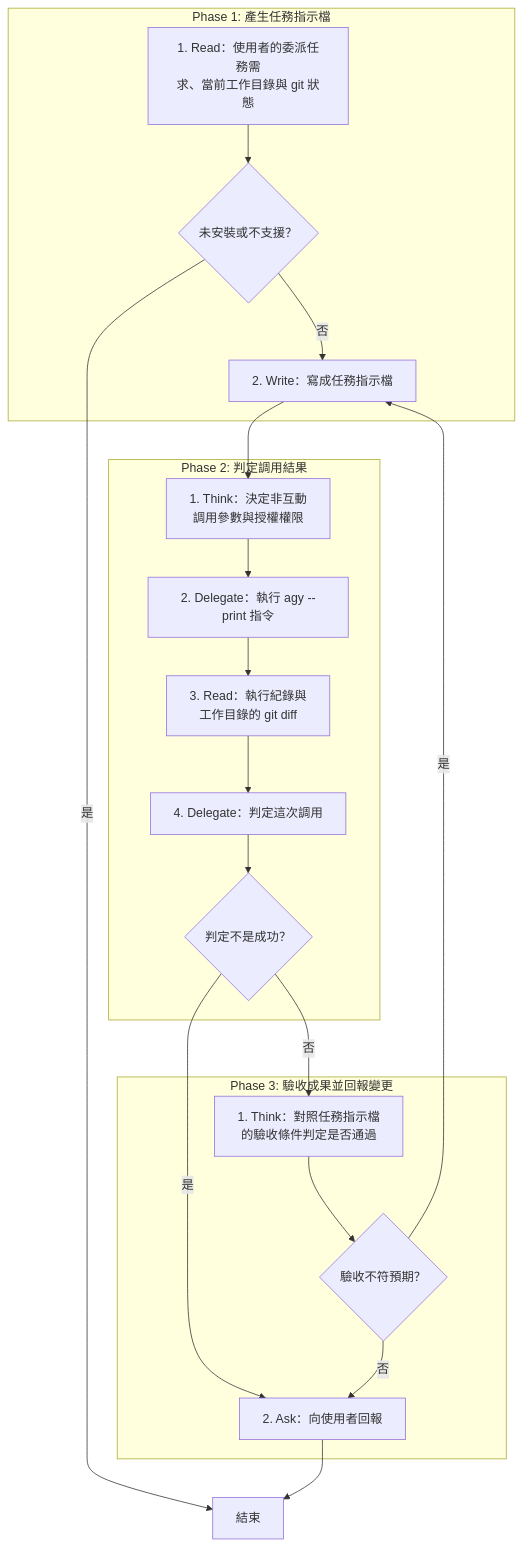
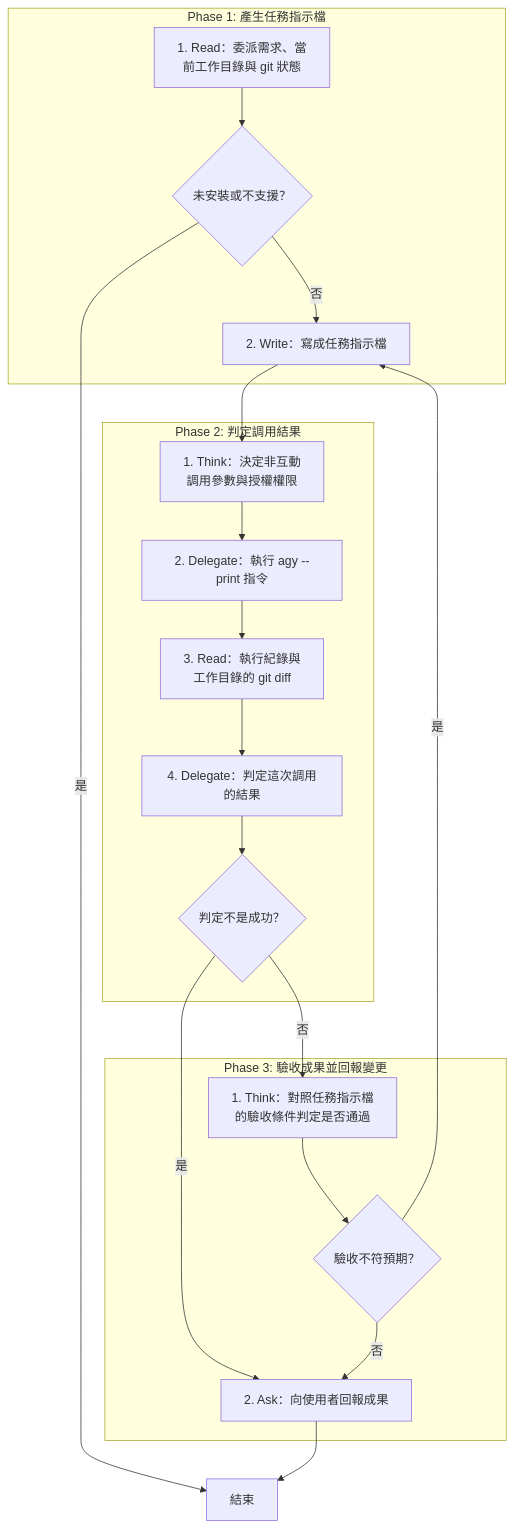
The diagram in .claude/skills/invoke-agy/SKILL.md (AI-x-BDD/BDGG-Dev-Skills), drawn with Mermaid before and after one commit. The commit also changed other lines of this file and 33 other files, not shown here.

````diff
--- a/.claude/skills/invoke-agy/SKILL.md
+++ b/.claude/skills/invoke-agy/SKILL.md
@@ -25,35 +25,35 @@
 ```mermaid
 flowchart TD
     subgraph P1["Phase 1: 產生任務指示檔"]
-        P1S1["1. Read：使用者的委派任務需<br/>求、當前工作目錄與 git 狀態"]
+        P1S1["1. Read：委派需求、當<br/>前工作目錄與 git 狀態"]
         G_P1S1_1{"未安裝或不支援？"}
         P1S2["2. Write：寫成任務指示檔"]
     end
     subgraph P2["Phase 2: 判定調用結果"]
         P2S1["1. Think：決定非互動<br/>調用參數與授權權限"]
         P2S2["2. Delegate：執行 agy --print 指令"]
         P2S3["3. Read：執行紀錄與<br/>工作目錄的 git diff"]
-        P2S4["4. Delegate：判定這次調用"]
+        P2S4["4. Delegate：判定這次調用的結果"]
         G_P2S4_1{"判定不是成功？"}
     end
     subgraph P3["Phase 3: 驗收成果並回報變更"]
         P3S1["1. Think：對照任務指示檔<br/>的驗收條件判定是否通過"]
         G_P3S1_1{"驗收不符預期？"}
-        P3S2["2. Ask：向使用者回報"]
+        P3S2["2. Ask：向使用者回報成果"]
     end
     End["結束"]
     P1S1 --> G_P1S1_1
     G_P1S1_1 -->|是| End
     G_P1S1_1 -->|否| P1S2
     P1S2 --> P2S1
     P2S1 --> P2S2
     P2S2 --> P2S3
     P2S3 --> P2S4
     P2S4 --> G_P2S4_1
     G_P2S4_1 -->|是| P3S2
     G_P2S4_1 -->|否| P3S1
     P3S1 --> G_P3S1_1
     G_P3S1_1 -->|是| P1S2
     G_P3S1_1 -->|否| P3S2
     P3S2 --> End
 ```
````
